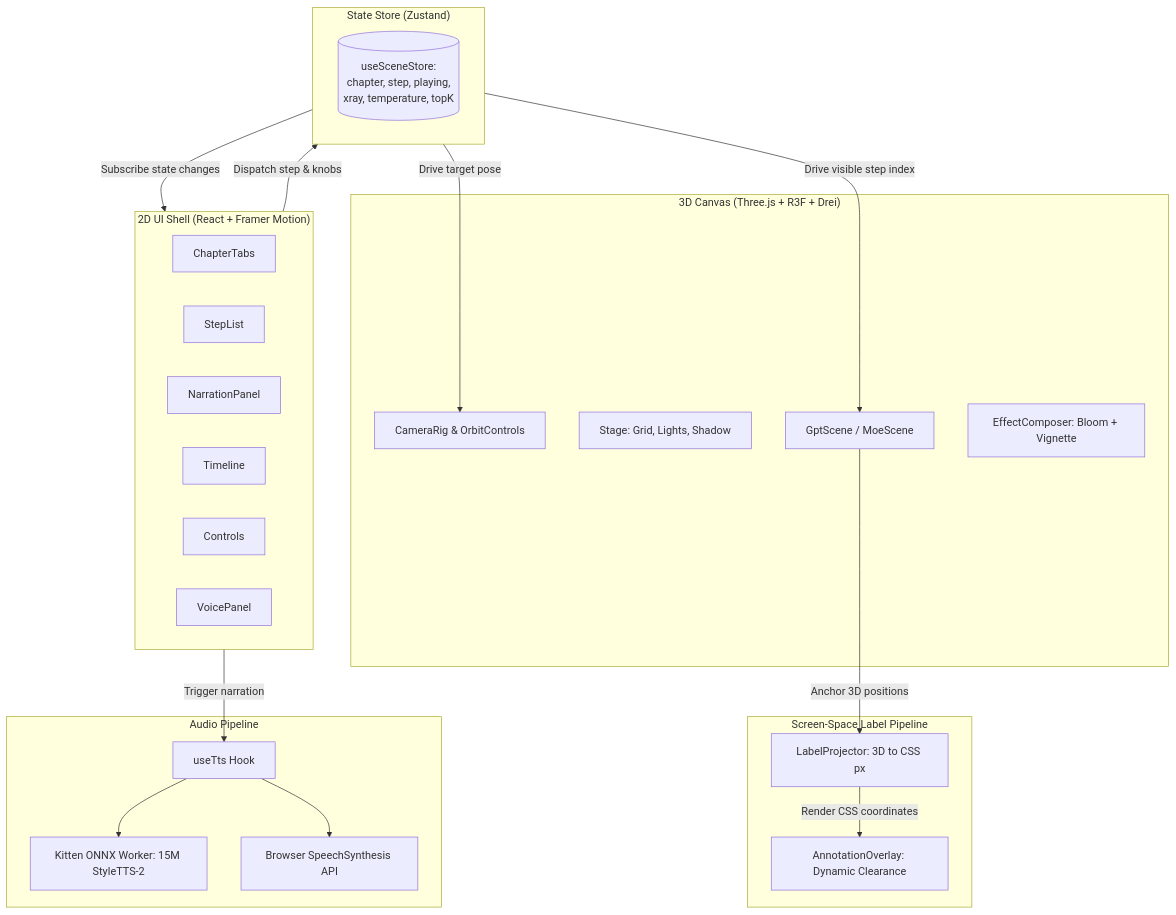
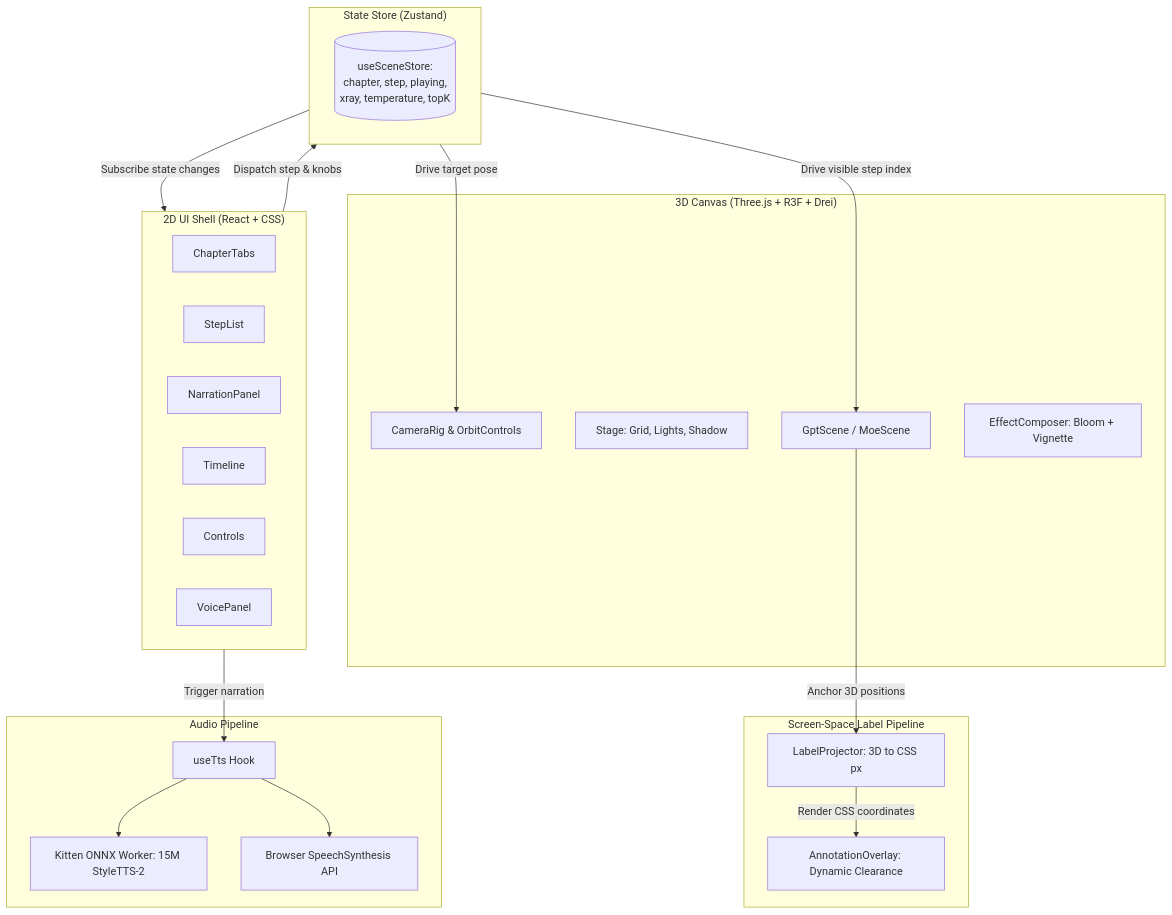
Before and after one commit to Mostakim2005/gpt-moe-3d-explainer: the first of 3 diagrams in docs/ARCHITECTURE.md, drawn with Mermaid. The commit also changed other lines of this file and 7 other files, not shown here.

````diff
--- a/docs/ARCHITECTURE.md
+++ b/docs/ARCHITECTURE.md
@@ -6,43 +6,43 @@
 ```mermaid
 flowchart TB
-    subgraph UI["2D UI Shell (React + Framer Motion)"]
+    subgraph UI["2D UI Shell (React + CSS)"]
         CT[ChapterTabs]
         SL[StepList]
         NP[NarrationPanel]
         TL[Timeline]
         CTL[Controls]
         VP[VoicePanel]
     end
 
     subgraph Store["State Store (Zustand)"]
         ST[(useSceneStore:\nchapter, step, playing,\nxray, temperature, topK)]
     end
 
     subgraph Canvas["3D Canvas (Three.js + R3F + Drei)"]
         CAM[CameraRig & OrbitControls]
         STAGE[Stage: Grid, Lights, Shadow]
         SCENE[GptScene / MoeScene]
         POST[EffectComposer: Bloom + Vignette]
     end
 
     subgraph Labels["Screen-Space Label Pipeline"]
         LP[LabelProjector: 3D to CSS px]
         AO[AnnotationOverlay: Dynamic Clearance]
     end
 
     subgraph TTSWorker["Audio Pipeline"]
         TTS[useTts Hook]
         KW[Kitten ONNX Worker: 15M StyleTTS-2]
         SS[Browser SpeechSynthesis API]
     end
 
     UI -->|Dispatch step & knobs| Store
     Store -->|Subscribe state changes| UI
     Store -->|Drive target pose| CAM
     Store -->|Drive visible step index| SCENE
     SCENE -->|Anchor 3D positions| LP
     LP -->|Render CSS coordinates| AO
     UI -->|Trigger narration| TTS
     TTS --> KW
     TTS --> SS
 ```
````
